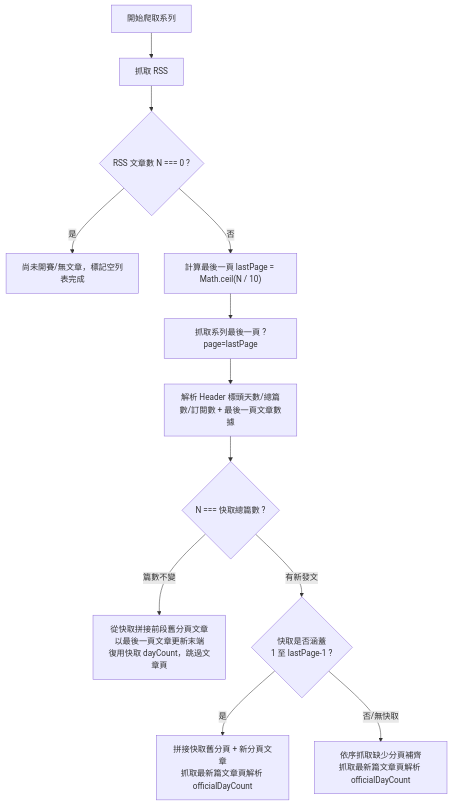
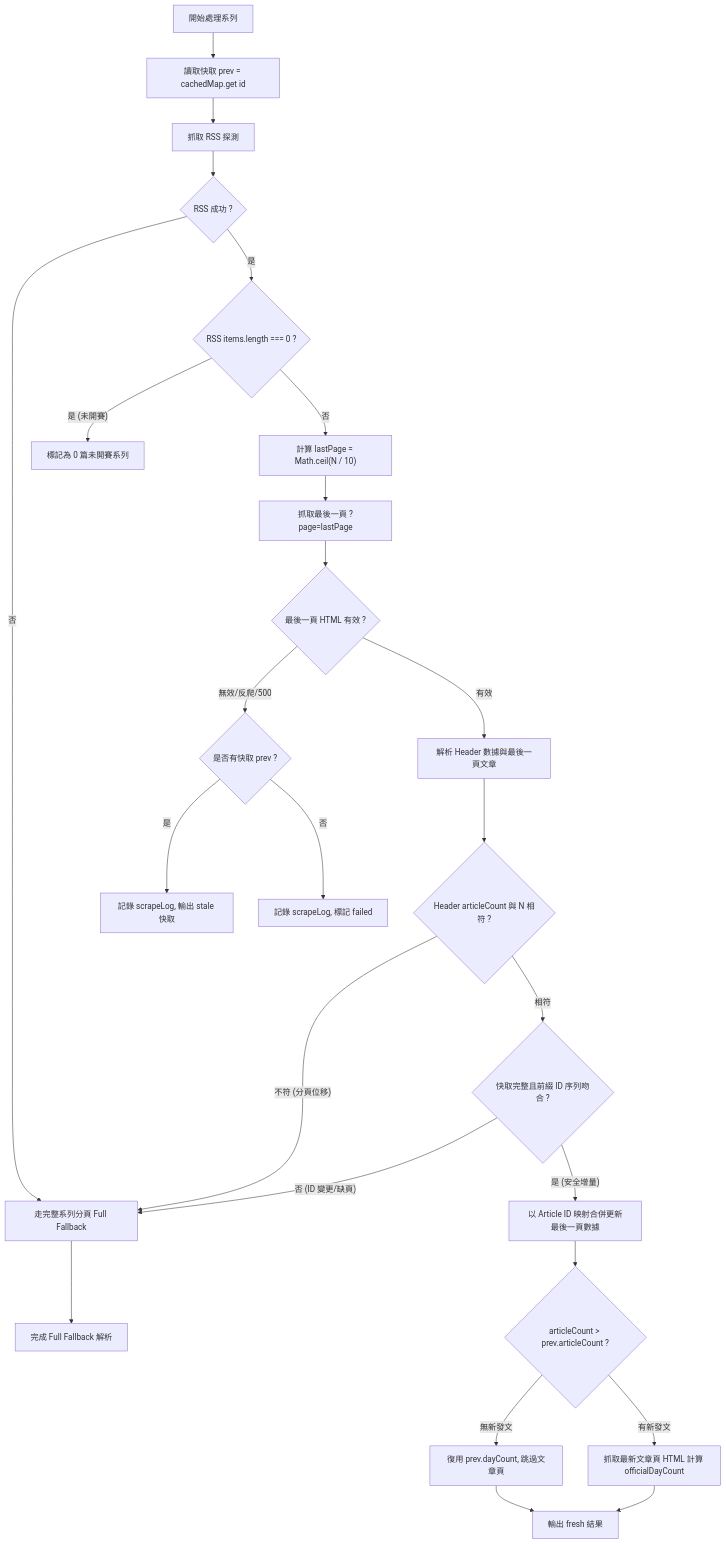
The diagram in docs/superpowers/specs/2026-08-21-crawler-optimization-design.md (kehao-chen/ithome-ironman-observer-next), drawn with Mermaid before and after one commit. The commit also changed other lines of this file, not shown here.

````diff
--- a/docs/superpowers/specs/2026-08-21-crawler-optimization-design.md
+++ b/docs/superpowers/specs/2026-08-21-crawler-optimization-design.md
@@ -24,14 +47,36 @@
 ```mermaid
 flowchart TD
-    Start[開始爬取系列] --> FetchRSS[抓取 RSS]
-    FetchRSS --> CheckCount{RSS 文章數 N === 0 ?}
-    CheckCount -- 是 --> MarkPending[尚未開賽/無文章，標記空列表完成]
-    CheckCount -- 否 --> CalcLastPage["計算最後一頁 lastPage = Math.ceil(N / 10)"]
-    CalcLastPage --> FetchLastPage["抓取系列最後一頁 ?page=lastPage"]
-    FetchLastPage --> ParseHeader[解析 Header 標頭天數/總篇數/訂閱數 + 最後一頁文章數據]
-    ParseHeader --> CompareCache{N === 快取總篇數 ?}
-    CompareCache -- 篇數不變 --> MergeUnchanged[從快取拼接前段舊分頁文章<br>以最後一頁文章更新末端<br>復用快取 dayCount，跳過文章頁]
-    CompareCache -- 有新發文 --> CheckGap{快取是否涵蓋<br>1 至 lastPage-1 ?}
-    CheckGap -- 是 --> AppendNew[拼接快取舊分頁 + 新分頁文章<br>抓取最新篇文章頁解析 officialDayCount]
-    CheckGap -- 否/無快取 --> FetchAllPages[依序抓取缺少分頁補齊<br>抓取最新篇文章頁解析 officialDayCount]
+    Start[開始處理系列] --> LoadCache[讀取快取 prev = cachedMap.get id]
+    LoadCache --> FetchRSS[抓取 RSS 探測]
+    FetchRSS --> RSSSuccess{RSS 成功 ?}
+    
+    %% RSS 失敗分支
+    RSSSuccess -- 否 --> FullFallback[走完整系列分頁 Full Fallback]
+    
+    %% RSS 成功分支
+    RSSSuccess -- 是 --> CheckN{RSS items.length === 0 ?}
+    CheckN -- 是 (未開賽) --> MarkPending[標記為 0 篇未開賽系列]
+    CheckN -- 否 --> CalcLastPage["計算 lastPage = Math.ceil(N / 10)"]
+    CalcLastPage --> FetchLastPage["抓取最後一頁 ?page=lastPage"]
+    FetchLastPage --> ValidatePage{最後一頁 HTML 有效 ?}
+    
+    ValidatePage -- 無效/反爬/500 --> HandleFetchFail{是否有快取 prev ?}
+    HandleFetchFail -- 是 --> EmitStale[記錄 scrapeLog, 輸出 stale 快取]
+    HandleFetchFail -- 否 --> EmitFailed[記錄 scrapeLog, 標記 failed]
+    
+    ValidatePage -- 有效 --> ParseLastPage[解析 Header 數據與最後一頁文章]
+    ParseLastPage --> VerifyHeader{Header articleCount 與 N 相符 ?}
+    VerifyHeader -- 不符 (分頁位移) --> FullFallback
+    
+    VerifyHeader -- 相符 --> CheckIncrementalSafe{快取完整且前綴 ID 序列吻合 ?}
+    CheckIncrementalSafe -- 否 (ID 變更/缺頁) --> FullFallback
+    CheckIncrementalSafe -- 是 (安全增量) --> MergeID[以 Article ID 映射合併更新最後一頁數據]
+    
+    MergeID --> HasNewPost{articleCount > prev.articleCount ?}
+    HasNewPost -- 無新發文 --> ReuseDay[復用 prev.dayCount, 跳過文章頁]
+    HasNewPost -- 有新發文 --> FetchBadge[抓取最新文章頁 HTML 計算 officialDayCount]
+    
+    ReuseDay --> FreshDone[輸出 fresh 結果]
+    FetchBadge --> FreshDone
+    FullFallback --> FullDone[完成 Full Fallback 解析]
 ```
````
